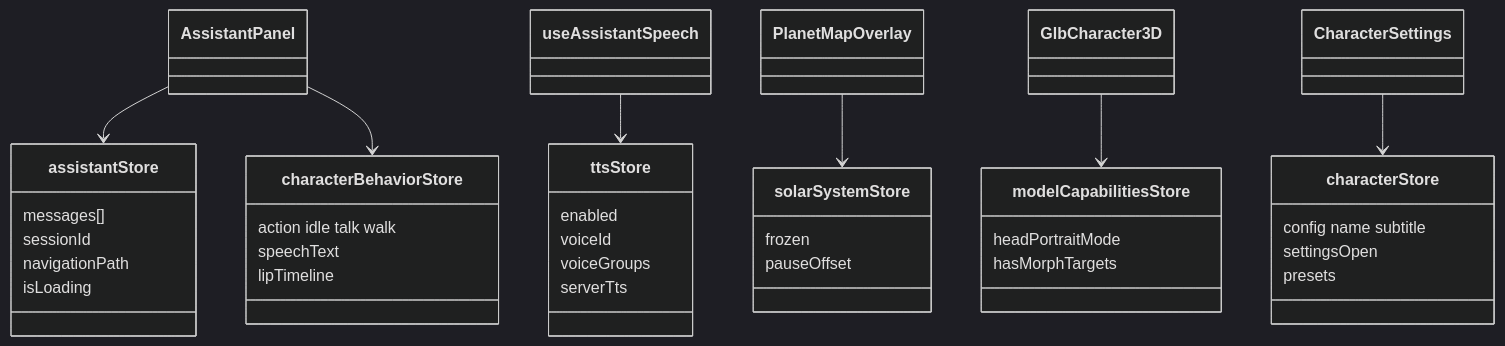
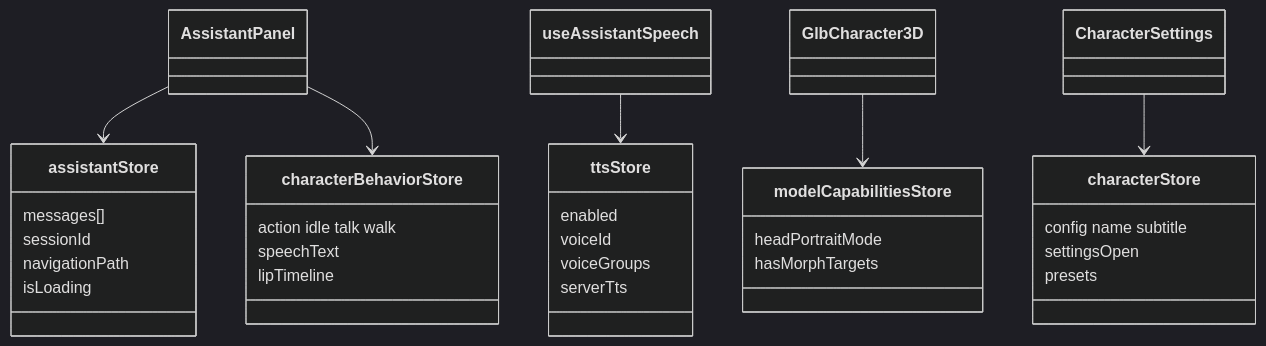
One commit to grrraaaa/mvp changed the tenth of 12 diagrams in docs/FEATURE_MAP.md. Above: the diagram before and after it, drawn with Mermaid (dark theme). The commit also changed other lines of this file and 28 other files, not shown here.

````diff
--- a/docs/FEATURE_MAP.md
+++ b/docs/FEATURE_MAP.md
@@ -384,41 +347,36 @@
 ```mermaid
 classDiagram
     class assistantStore {
         messages[]
         sessionId
         navigationPath
         isLoading
     }
     class characterStore {
         config name subtitle
         settingsOpen
         presets
     }
     %% presets: manager-abilities, admin-abilities, ip-abilities
     class characterBehaviorStore {
         action idle talk walk
         speechText
         lipTimeline
     }
     class ttsStore {
         enabled
         voiceId
         voiceGroups
         serverTts
     }
-    class solarSystemStore {
-        frozen
-        pauseOffset
-    }
     class modelCapabilitiesStore {
         headPortraitMode
         hasMorphTargets
     }
 
     AssistantPanel --> assistantStore
     AssistantPanel --> characterBehaviorStore
     useAssistantSpeech --> ttsStore
-    PlanetMapOverlay --> solarSystemStore
     GlbCharacter3D --> modelCapabilitiesStore
     CharacterSettings --> characterStore
 ```
````
